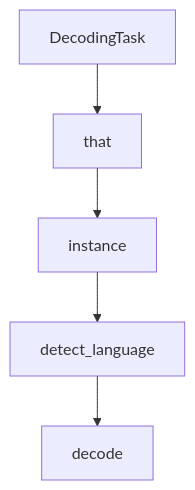
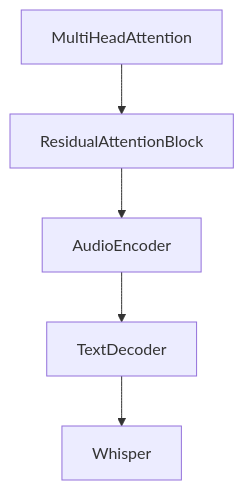
The diagram in tutorials/openai-whisper-tutorial/07-performance-optimization.md (johnxie/awesome-code-docs), drawn with Mermaid before and after one commit. The commit also changed other lines of this file and 1232 other files, not shown here.

````diff
--- a/tutorials/openai-whisper-tutorial/07-performance-optimization.md
+++ b/tutorials/openai-whisper-tutorial/07-performance-optimization.md
@@ -264,12 +262,12 @@
 ```mermaid
 flowchart TD
-    A[DecodingTask]
-    B[that]
-    C[instance]
-    D[detect_language]
-    E[decode]
+    A[MultiHeadAttention]
+    B[ResidualAttentionBlock]
+    C[AudioEncoder]
+    D[TextDecoder]
+    E[Whisper]
     A --> B
     B --> C
     C --> D
     D --> E
 ```
````
